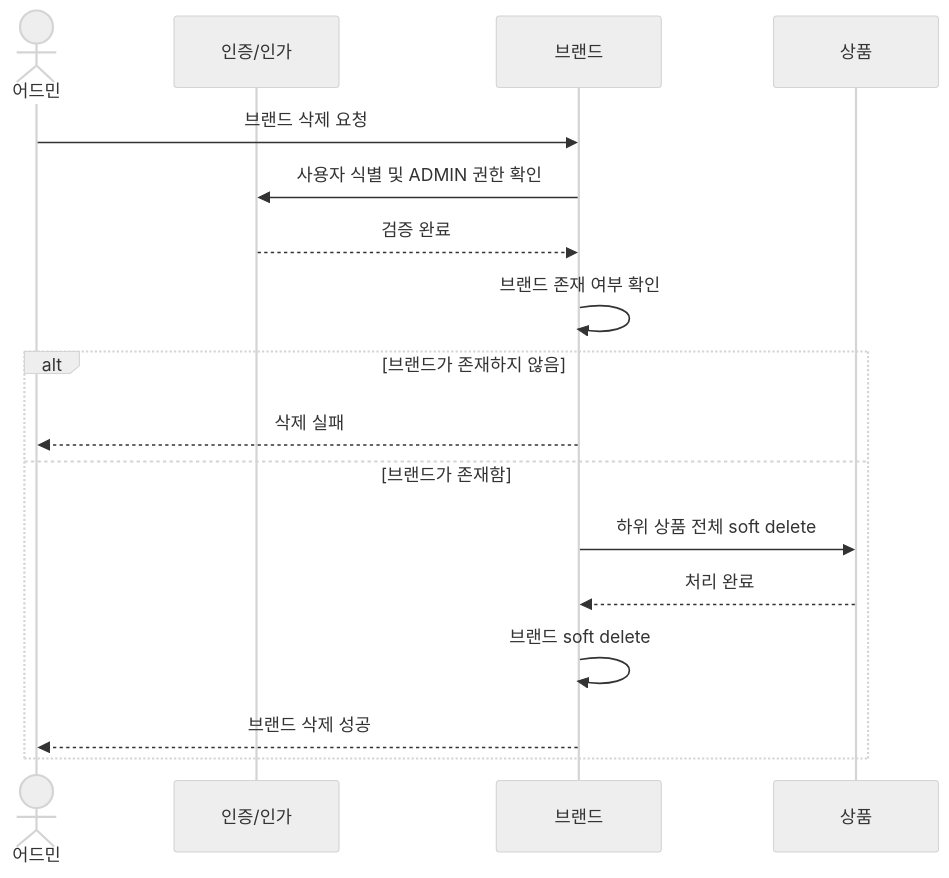
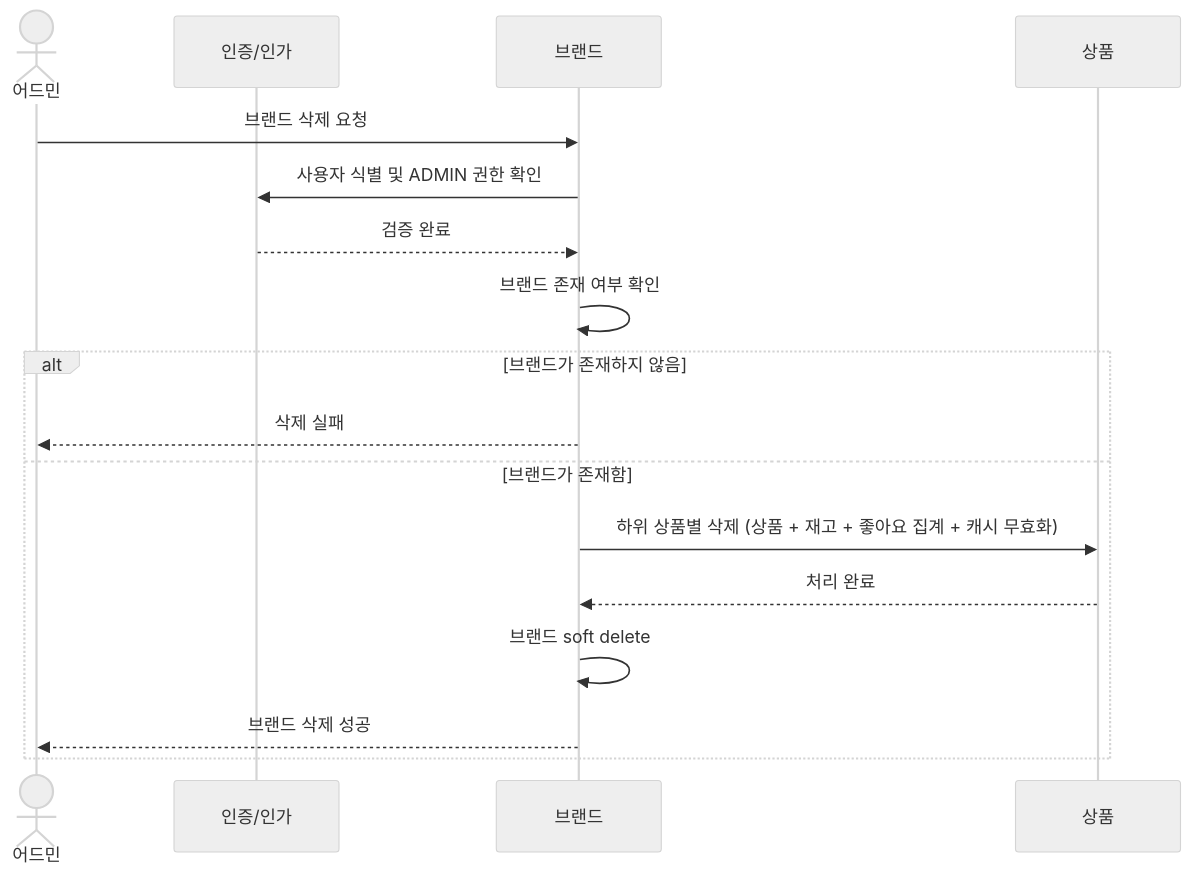
Before and after one commit to loopers-labs/loop-pack-be-l2-vol4-kotlin: the sixth of 7 diagrams in docs/week2/02-sequence-diagrams.md, drawn with Mermaid (neutral theme). The commit also changed other lines of this file and 3 other files, not shown here.

````diff
--- a/docs/week2/02-sequence-diagrams.md
+++ b/docs/week2/02-sequence-diagrams.md
@@ -347,21 +349,21 @@
 ```mermaid
 sequenceDiagram
     actor Admin as 어드민
     participant Auth as 인증/인가
     participant Brand as 브랜드
     participant Product as 상품
 
     Admin->>Brand: 브랜드 삭제 요청
     Brand->>Auth: 사용자 식별 및 ADMIN 권한 확인
     Auth-->>Brand: 검증 완료
     Brand->>Brand: 브랜드 존재 여부 확인
 
     alt 브랜드가 존재하지 않음
         Brand-->>Admin: 삭제 실패
     else 브랜드가 존재함
-        Brand->>Product: 하위 상품 전체 soft delete
+        Brand->>Product: 하위 상품별 삭제 (상품 + 재고 + 좋아요 집계 + 캐시 무효화)
         Product-->>Brand: 처리 완료
         Brand->>Brand: 브랜드 soft delete
         Brand-->>Admin: 브랜드 삭제 성공
     end
 ```
````
